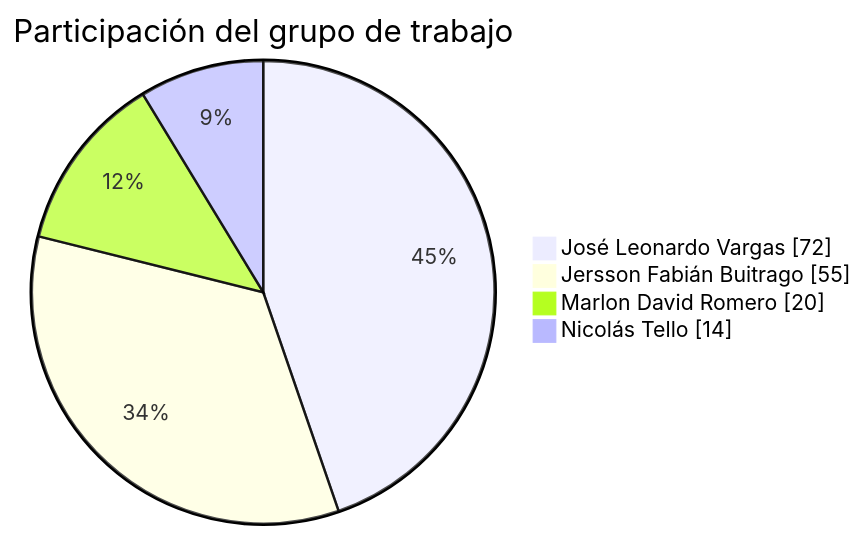
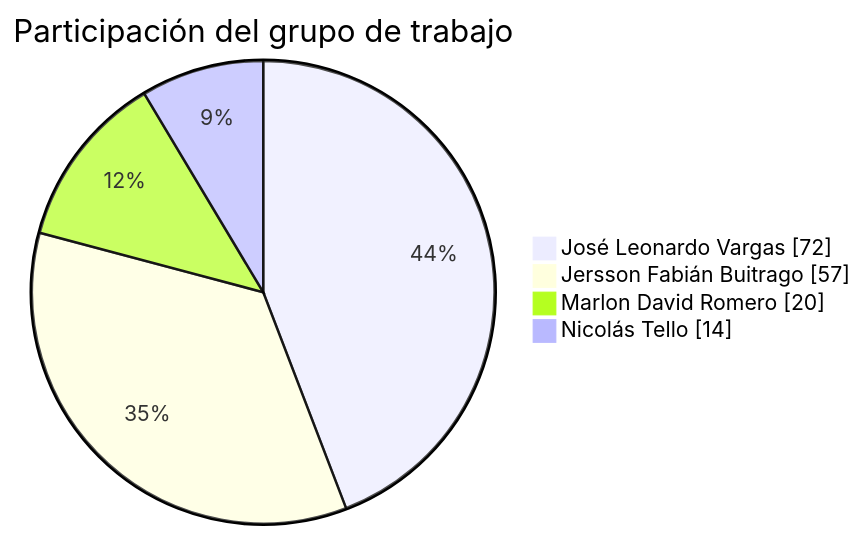
Before and after one commit to FarmaExpres/FarmaExpres: the first of 2 diagrams in README.md, drawn with Mermaid. The commit also changed other lines of this file and 1 other file, not shown here.

````diff
--- a/README.md
+++ b/README.md
@@ -313,8 +312,8 @@
 ```mermaid
 pie showData
     title Participación del grupo de trabajo
     "José Leonardo Vargas" : 72
-    "Jersson Fabián Buitrago" : 55
+    "Jersson Fabián Buitrago" : 57
     "Marlon David Romero" : 20
     "Nicolás Tello" : 14
 ```
````
